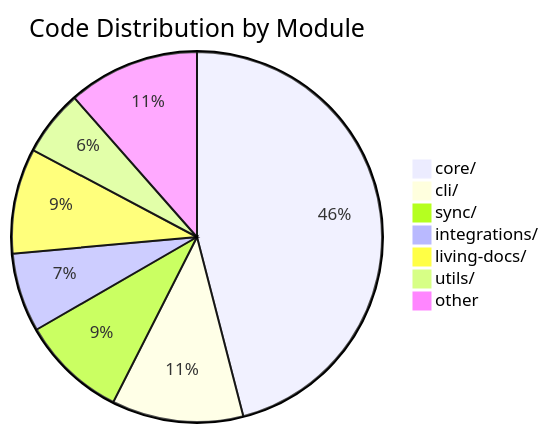
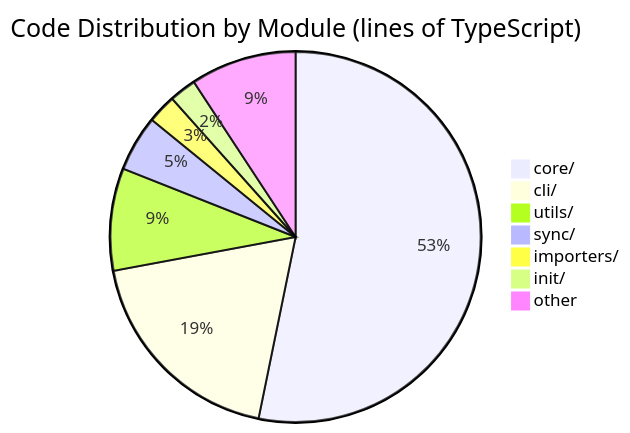
One commit to anton-abyzov/specweave changed the third of 3 diagrams in docs-site/docs/overview/dogfooding.md. Above: the diagram before and after it, drawn with Mermaid. The commit also changed other lines of this file and 11 other files, not shown here.

````diff
--- a/docs-site/docs/overview/dogfooding.md
+++ b/docs-site/docs/overview/dogfooding.md
@@ -187,10 +190,10 @@
 ```mermaid
-pie title Code Distribution by Module
-    "core/" : 400
-    "cli/" : 100
-    "sync/" : 80
-    "integrations/" : 60
-    "living-docs/" : 80
-    "utils/" : 50
-    "other" : 100
+pie title Code Distribution by Module (lines of TypeScript)
+    "core/" : 135798
+    "cli/" : 48153
+    "utils/" : 22782
+    "sync/" : 12457
+    "importers/" : 6420
+    "init/" : 6015
+    "other" : 23598
 ```
````
